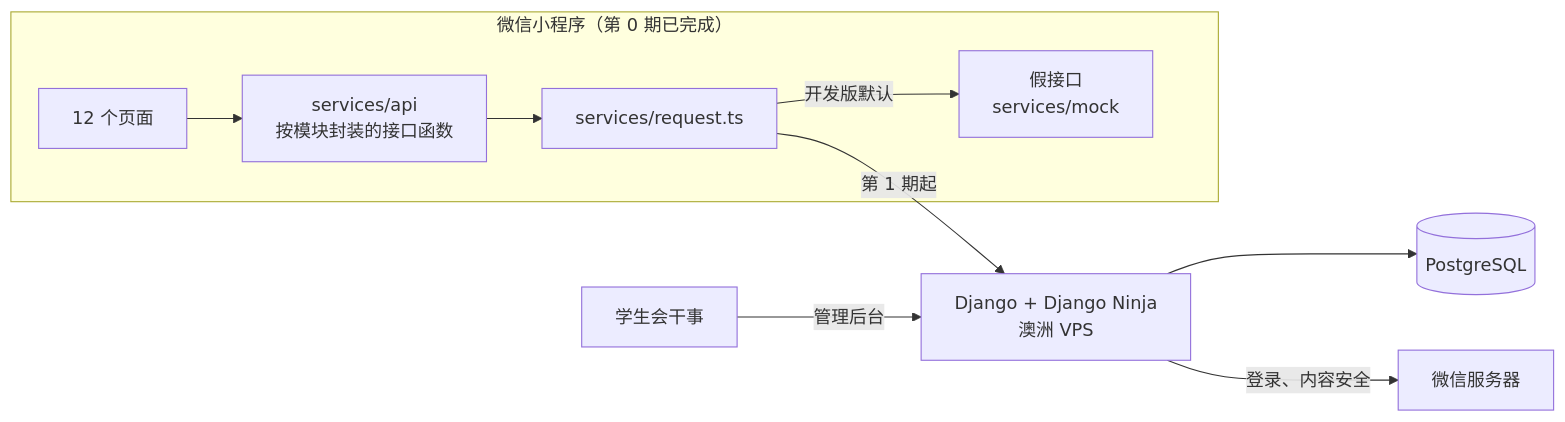
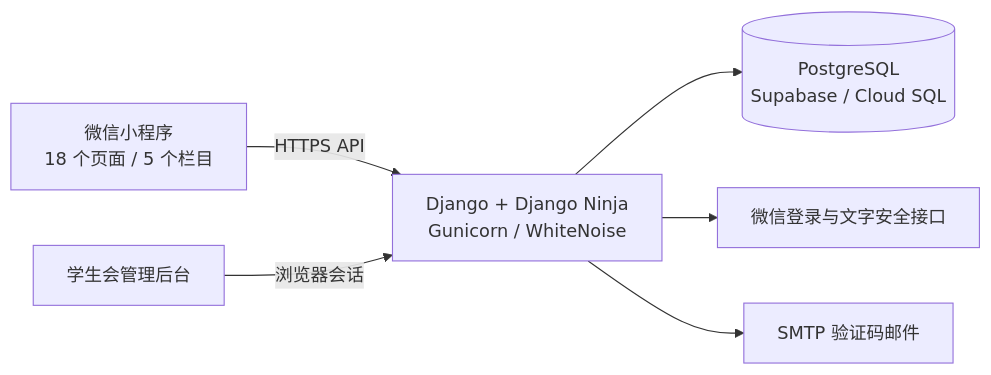
One commit to Jerry2003826/MonashStudentMiniprogram changed the diagram in README.md. Above: the diagram before and after it, drawn with Mermaid. The commit also changed other lines of this file and 300 other files, not shown here.

````diff
--- a/README.md
+++ b/README.md
@@ -111,12 +135,8 @@
 ```mermaid
 flowchart LR
-    subgraph MP["微信小程序（第 0 期已完成）"]
-        Pages["12 个页面"] --> Api["services/api<br/>按模块封装的接口函数"]
-        Api --> Request["services/request.ts"]
-        Request -->|"开发版默认"| Mock["假接口<br/>services/mock"]
-    end
-    Request -->|"第 1 期起"| Django["Django + Django Ninja<br/>澳洲 VPS"]
-    Django --> DB[("PostgreSQL")]
-    Staff["学生会干事"] -->|"管理后台"| Django
-    Django -->|"登录、内容安全"| WX["微信服务器"]
+    Mini["微信小程序<br/>18 个页面 / 5 个栏目"] -->|HTTPS API| API["Django + Django Ninja<br/>Gunicorn / WhiteNoise"]
+    Staff["学生会管理后台"] -->|浏览器会话| API
+    API --> DB[("PostgreSQL<br/>Supabase / Cloud SQL")]
+    API --> WeChat["微信登录与文字安全接口"]
+    API --> Mail["SMTP 验证码邮件"]
 ```
````
